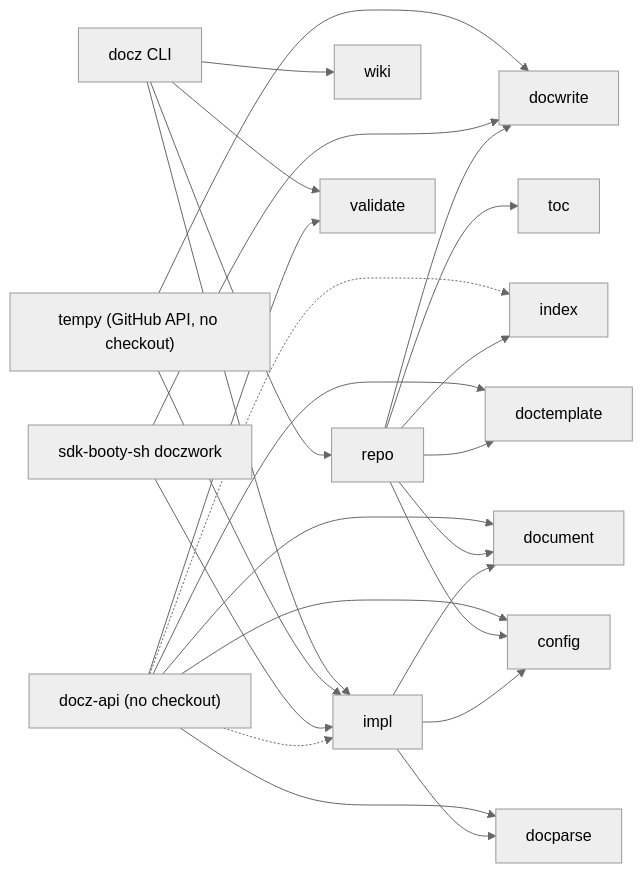
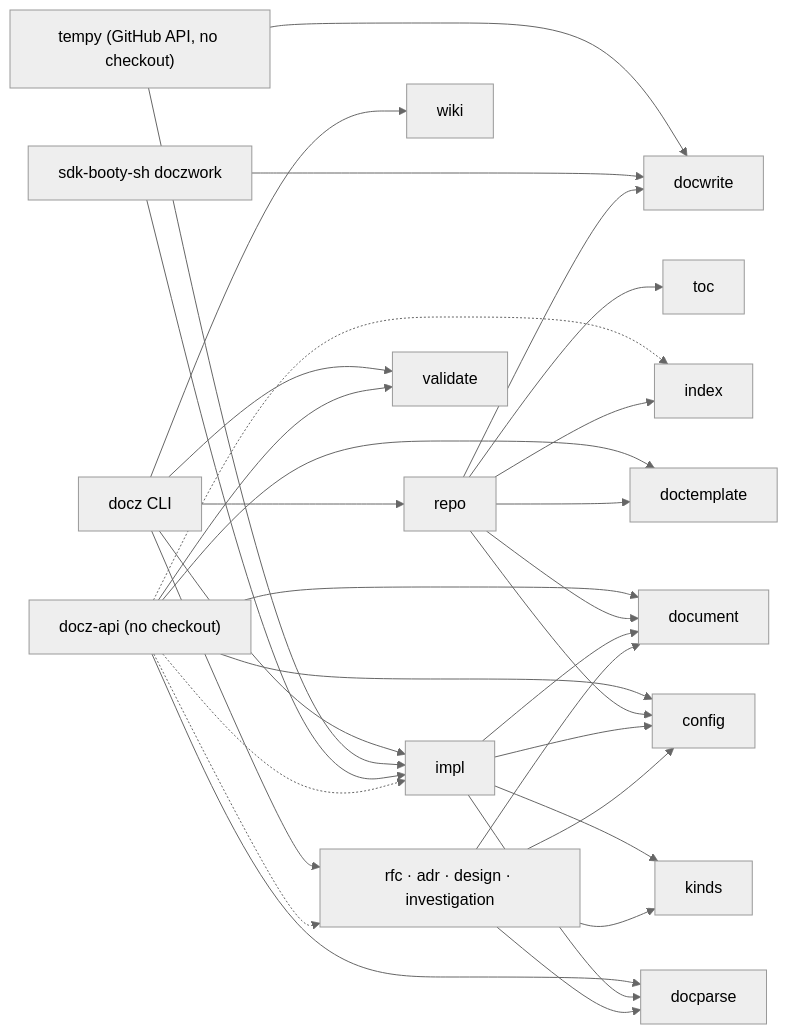
One commit to donaldgifford/docz changed the seventh of 16 diagrams in docs/design/0014-the-docz-api-as-one-unit-packages-types-functions-and-the-cmd.md. Above: the diagram before and after it, drawn with Mermaid (neutral theme). The commit also changed other lines of this file and 3 other files, not shown here.

````diff
--- a/docs/design/0014-the-docz-api-as-one-unit-packages-types-functions-and-the-cmd.md
+++ b/docs/design/0014-the-docz-api-as-one-unit-packages-types-functions-and-the-cmd.md
@@ -992,10 +1187,11 @@
 ```mermaid
 flowchart LR
-  cli["docz CLI"] --> repo & wiki & impl & validate
+  cli["docz CLI"] --> repo & wiki & impl & more & validate
   tempy["tempy (GitHub API, no checkout)"] --> impl & docwrite
   booty["sdk-booty-sh doczwork"] --> impl & docwrite
   api["docz-api (no checkout)"] --> document & docparse & config & validate & doctemplate
-  api -.-> index & impl
+  api -.-> index & impl & more
   repo --> docwrite & toc & index & doctemplate & document & config
-  impl --> document & docparse & config
+  impl --> kinds & document & docparse & config
+  more["rfc · adr · design · investigation"] --> kinds & document & docparse & config
 ```
````
